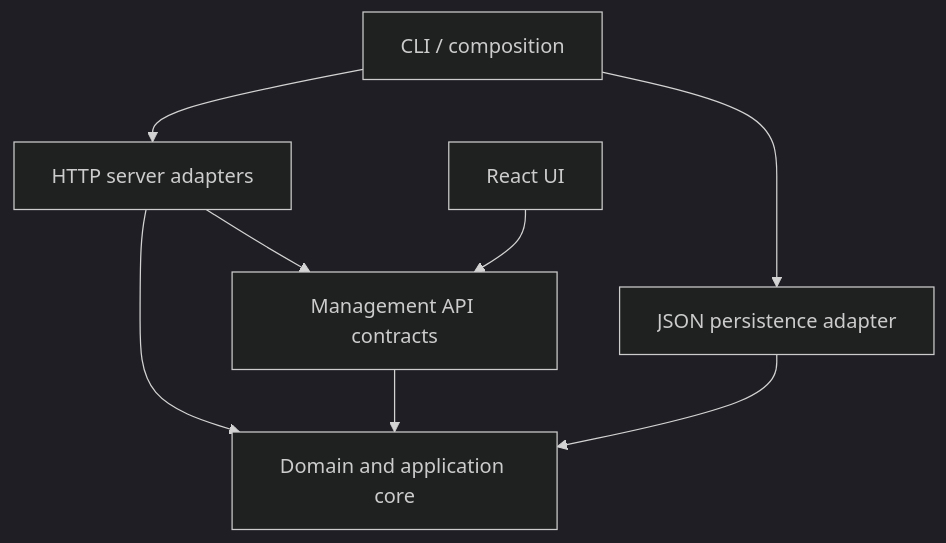
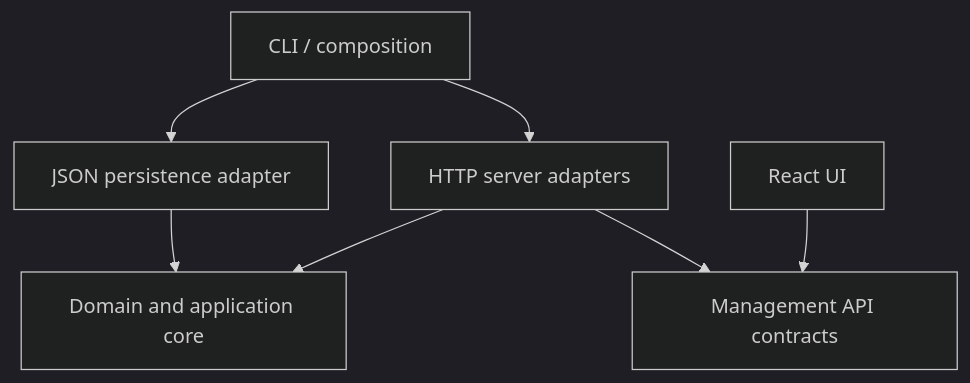
One commit to Temosh/defftra-router changed the second of 3 diagrams in docs/architecture.md. Above: the diagram before and after it, drawn with Mermaid (dark theme). The commit also changed other lines of this file and 61 other files, not shown here.

````diff
--- a/docs/architecture.md
+++ b/docs/architecture.md
@@ -41,10 +41,9 @@
 ```mermaid
 flowchart TD
     CLI["CLI / composition"] --> Server["HTTP server adapters"]
     CLI --> Persistence["JSON persistence adapter"]
     Server --> Core["Domain and application core"]
     Persistence --> Core
     UI["React UI"] --> Contracts["Management API contracts"]
     Server --> Contracts
-    Contracts --> Core
 ```
````
